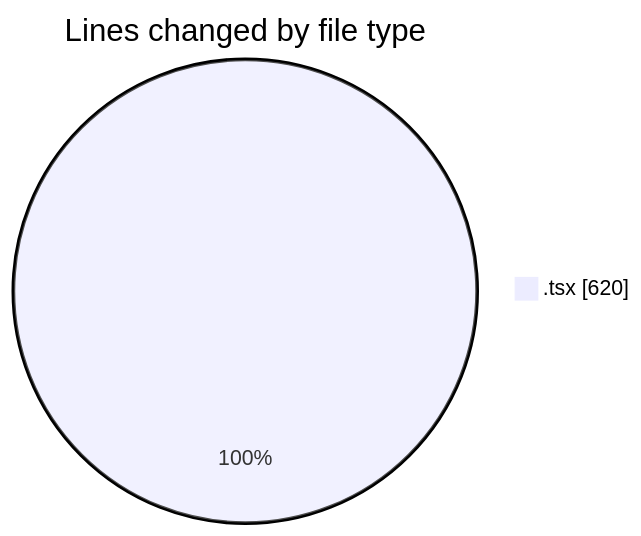
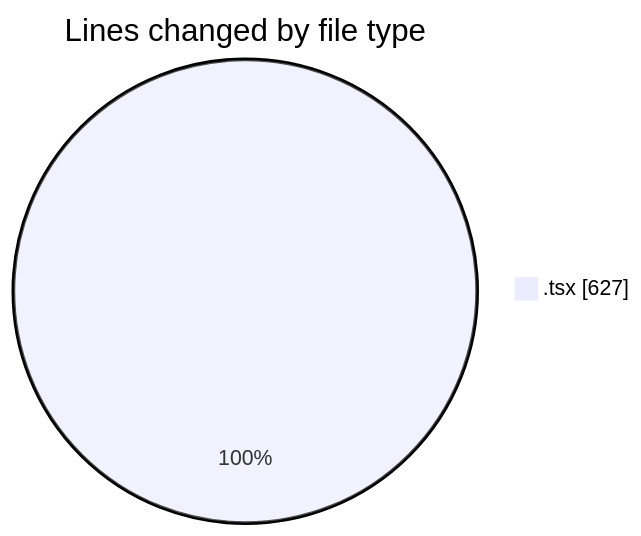
One commit to momahboobian/code-tracking changed the first of 2 diagrams in 2025-11-11/cda/README.md. Above: the diagram before and after it, drawn with Mermaid. The commit also changed other lines of this file and 1 other file, not shown here.

````diff
--- a/2025-11-11/cda/README.md
+++ b/2025-11-11/cda/README.md
@@ -22,5 +22,5 @@
 ```mermaid
 pie showData
 title Lines changed by file type
-".tsx" : 620
+".tsx" : 627
 ```
````
